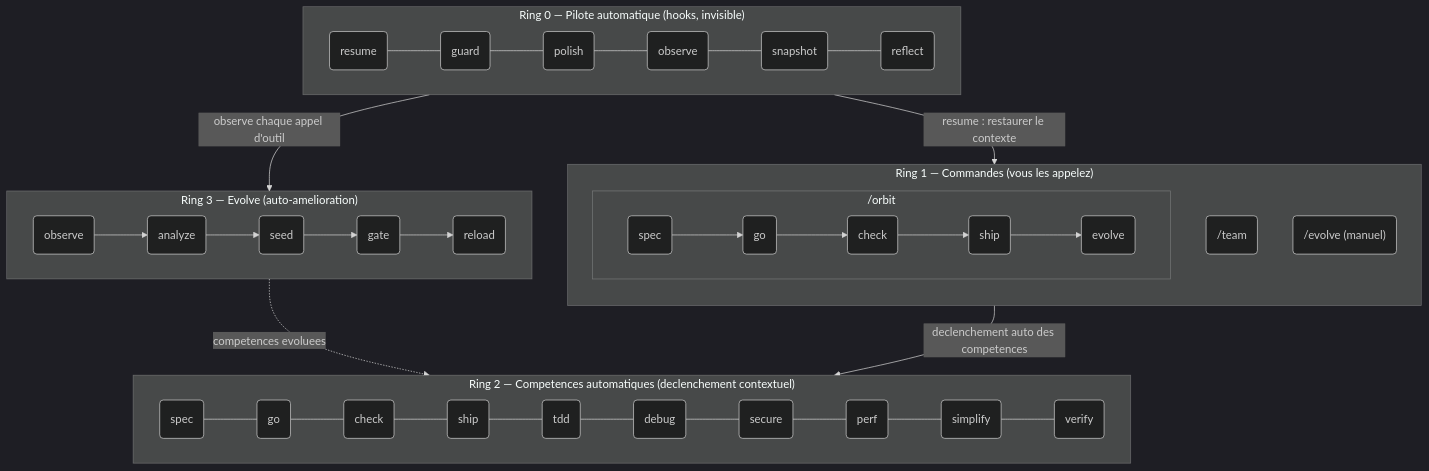
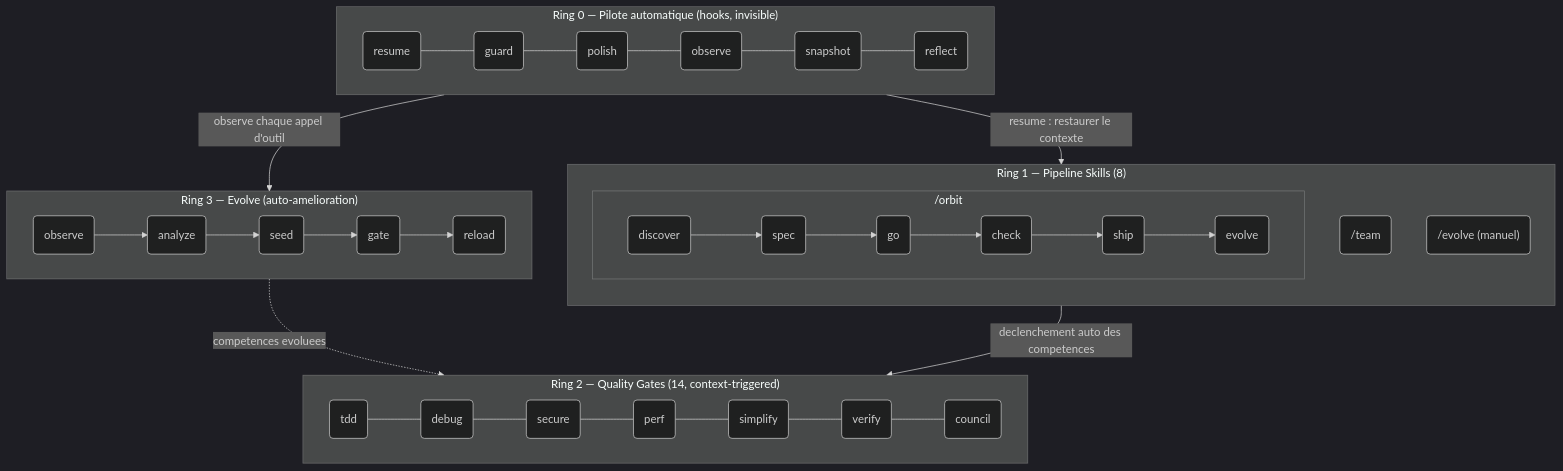
Before and after one commit to epicsagas/epic-harness: the second of 2 diagrams in i18n/fr/README.md, drawn with Mermaid (dark theme). The commit also changed other lines of this file and 24 other files, not shown here.

````diff
--- a/i18n/fr/README.md
+++ b/i18n/fr/README.md
@@ -422,32 +422,32 @@
 ```mermaid
 flowchart TB
     subgraph R0["Ring 0 — Pilote automatique (hooks, invisible)"]
         direction LR
         h1(resume) --- h2(guard) --- h3(polish) --- h4(observe) --- h5(snapshot) --- h6(reflect)
     end
 
-    subgraph R1["Ring 1 — Commandes (vous les appelez)"]
+    subgraph R1["Ring 1 — Pipeline Skills (8)"]
         direction TB
         subgraph orbit_wrap["  /orbit  "]
             direction LR
-            c1("spec") --> c2("go") --> c3("check") --> c4("ship") --> c5("evolve")
+            c1("discover") --> c2("spec") --> c3("go") --> c4("check") --> c5("ship") --> c6("evolve")
         end
-        c6("/team")
-        c7("/evolve (manuel)")
+        c7("/team")
+        c8("/evolve (manuel)")
     end
 
-    subgraph R2["Ring 2 — Competences automatiques (declenchement contextuel)"]
+    subgraph R2["Ring 2 — Quality Gates (14, context-triggered)"]
         direction LR
-        s1(spec) --- s2(go) --- s3(check) --- s4(ship) --- s5(tdd) --- s6(debug) --- s7(secure) --- s8(perf) --- s9(simplify) --- s10(verify)
+        s1(tdd) --- s2(debug) --- s3(secure) --- s4(perf) --- s5(simplify) --- s6(verify) --- s7(council)
     end
 
     subgraph R3["Ring 3 — Evolve (auto-amelioration)"]
         direction LR
         e1(observe) --> e2(analyze) --> e3(seed) --> e4(gate) --> e5(reload)
     end
 
     R0 -->|"observe chaque appel d'outil"| R3
     R3 -.->|"competences evoluees"| R2
     R1 -->|"declenchement auto des competences"| R2
     R0 -->|"resume : restaurer le contexte"| R1
 ```
````
